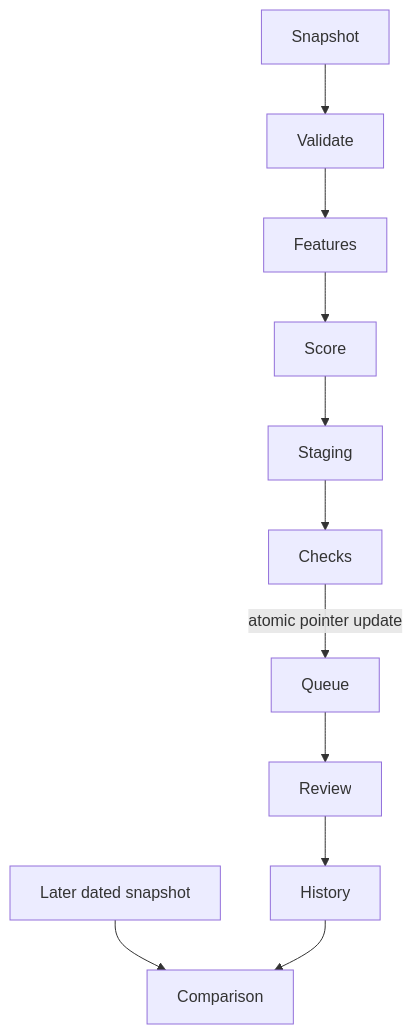
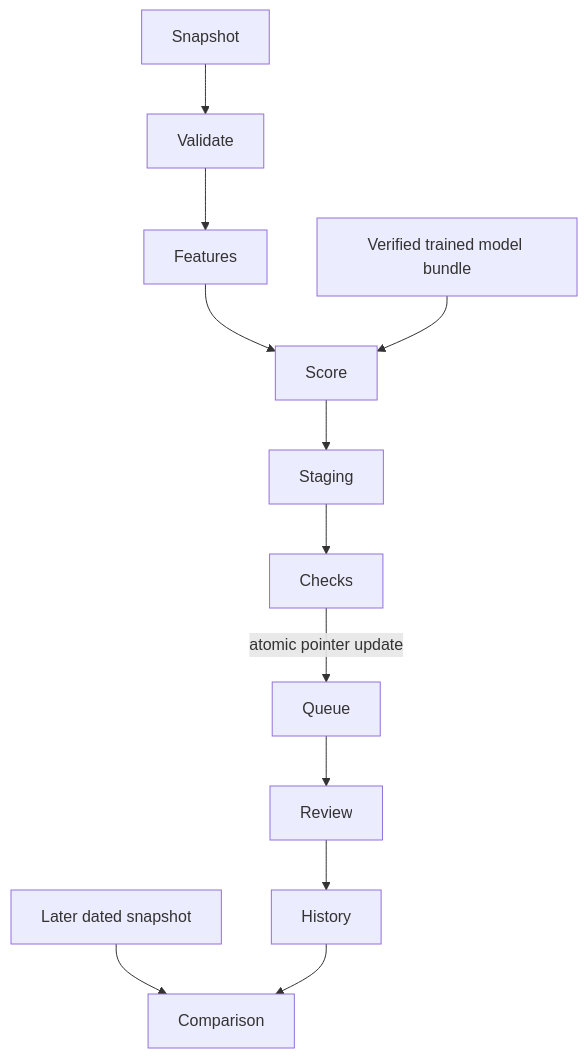
Before and after one commit to lalalostcode/content-rank-mlops: the diagram in docs/architecture/DATA_FLOW.md, drawn with Mermaid. The commit also changed other lines of this file and 25 other files, not shown here.

````diff
--- a/docs/architecture/DATA_FLOW.md
+++ b/docs/architecture/DATA_FLOW.md
@@ -3,7 +3,8 @@
 ```mermaid
 flowchart TD
  Snapshot --> Validate --> Features --> Score --> Staging --> Checks -->|atomic pointer update| Queue
+ Bundle[Verified trained model bundle] --> Score
  Queue --> Review --> History
  Later[Later dated snapshot] --> Comparison
  History --> Comparison
 ```
````
